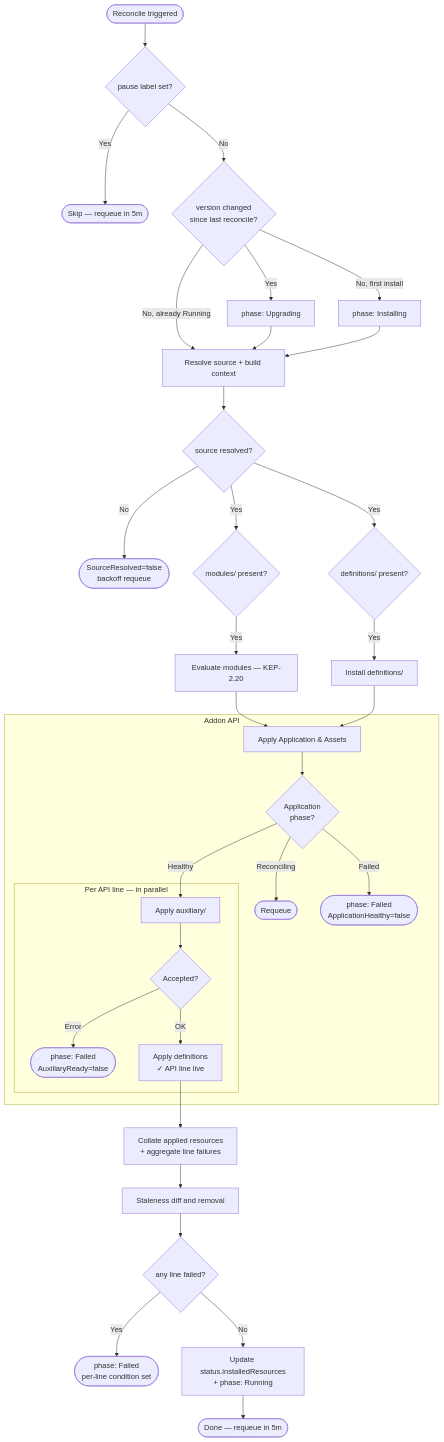
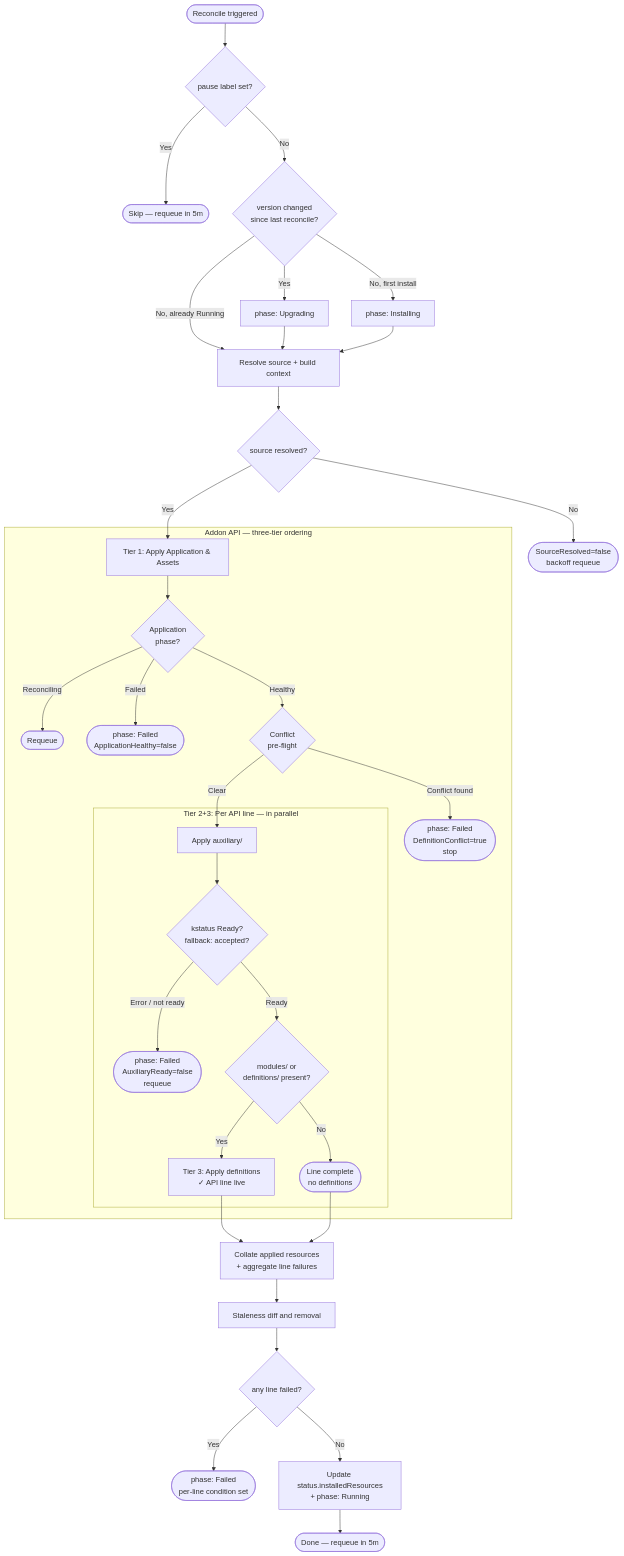
One commit to kubevela/kubevela changed the second of 4 diagrams in design/vela-core/keps/2.13-addons/README.md. Above: the diagram before and after it, drawn with Mermaid. The commit also changed other lines of this file, not shown here.

Commit message:
KEP 2.13 updates and corrections

````diff
--- a/design/vela-core/keps/2.13-addons/README.md
+++ b/design/vela-core/keps/2.13-addons/README.md
@@ -134,39 +153,39 @@
 ```mermaid
 flowchart TD
     A([Reconcile triggered]) --> PAUSE{pause label set?}
     PAUSE -->|Yes| SKIP([Skip — requeue in 5m])
     PAUSE -->|No| B{version changed<br/>since last reconcile?}
     B -->|Yes| PU[phase: Upgrading]
     B -->|No, first install| PI[phase: Installing]
     B -->|No, already Running| C
     PU --> C
     PI --> C
     C[Resolve source + build context] --> SRCOK{source resolved?}
     SRCOK -->|No| SRCFAIL([SourceResolved=false<br/>backoff requeue])
-    SRCOK -->|Yes| D1{modules/ present?}
-    SRCOK -->|Yes| D2{definitions/ present?}
-    D1 -->|Yes| E[Evaluate modules — KEP-2.20]
-    D2 -->|Yes| F[Install definitions/]
-    E --> G
-    F --> G
+    SRCOK -->|Yes| G
 
-    subgraph install["Addon API"]
-        G[Apply Application & Assets] --> H{Application<br/>phase?}
+    subgraph install["Addon API — three-tier ordering"]
+        G[Tier 1: Apply Application & Assets] --> H{Application<br/>phase?}
         H -->|Reconciling| REQUEUE([Requeue])
         H -->|Failed| FAIL1([phase: Failed<br/>ApplicationHealthy=false])
-        H -->|Healthy| I
-        subgraph lines["Per API line — in parallel"]
-            I[Apply auxiliary/] --> J{Accepted?}
-            J -->|Error| FAIL2([phase: Failed<br/>AuxiliaryReady=false])
-            J -->|OK| K[Apply definitions<br/>✓ API line live]
+        H -->|Healthy| CF{Conflict<br/>pre-flight}
+        CF -->|Conflict found| CFAIL([phase: Failed<br/>DefinitionConflict=true<br/>stop])
+        CF -->|Clear| I
+        subgraph lines["Tier 2+3: Per API line — in parallel"]
+            I[Apply auxiliary/] --> J{kstatus Ready?<br/>fallback: accepted?}
+            J -->|Error / not ready| FAIL2([phase: Failed<br/>AuxiliaryReady=false<br/>requeue])
+            J -->|Ready| K{modules/ or<br/>definitions/ present?}
+            K -->|Yes| DEF[Tier 3: Apply definitions<br/>✓ API line live]
+            K -->|No| NODEFS([Line complete<br/>no definitions])
         end
     end
 
-    K --> L[Collate applied resources<br/>+ aggregate line failures]
+    DEF --> L[Collate applied resources<br/>+ aggregate line failures]
+    NODEFS --> L
     L --> M[Staleness diff and removal]
     M --> N{any line failed?}
     N -->|Yes| PFAIL([phase: Failed<br/>per-line condition set])
     N -->|No| PRUN[Update status.installedResources<br/>+ phase: Running]
     PRUN --> O
     O([Done — requeue in 5m])
 ```
````
